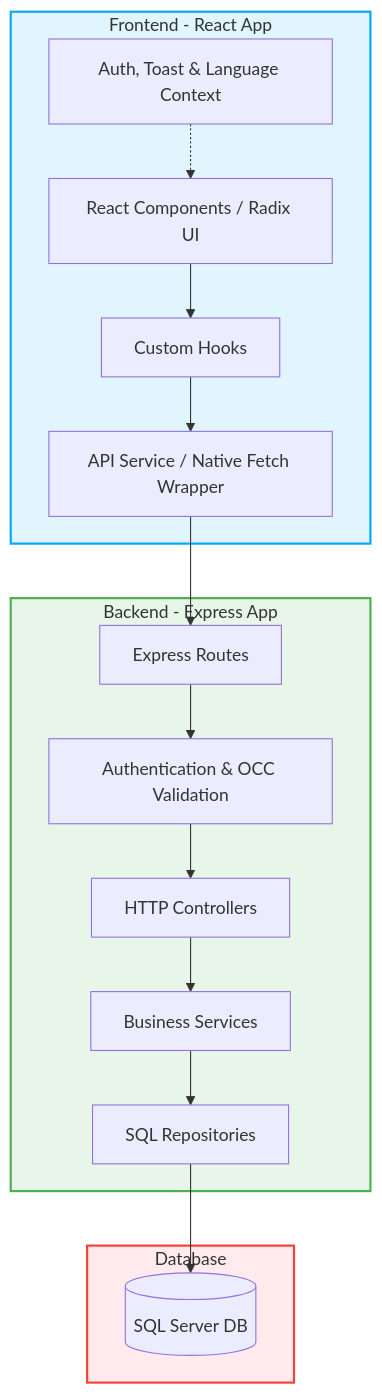
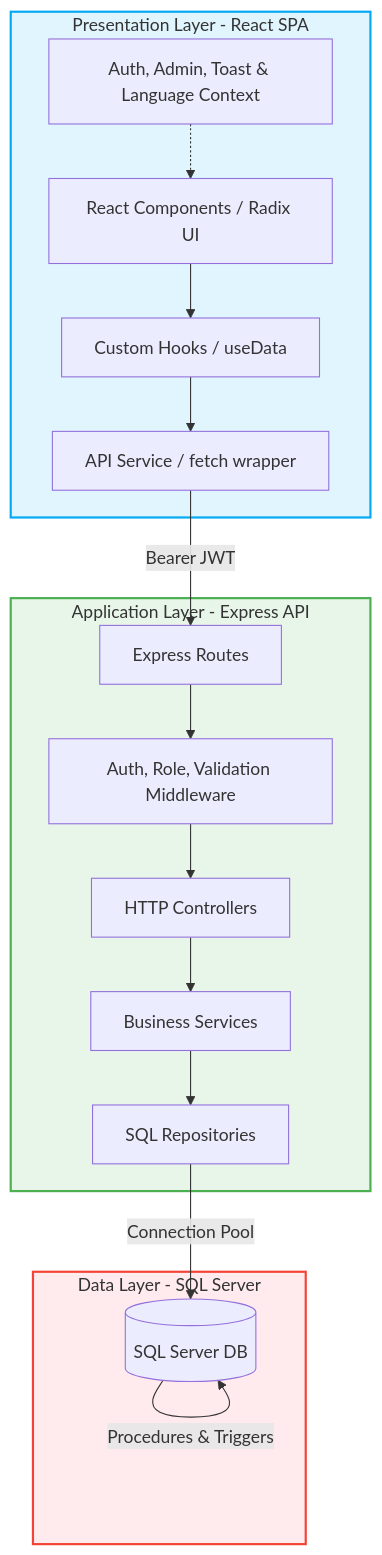
Before and after one commit to NamKhanh2128/DBLAB_ShoppingConvenienceSystem: the diagram in README.md, drawn with Mermaid. The commit also changed other lines of this file and 2 other files, not shown here.

````diff
--- a/README.md
+++ b/README.md
@@ -16,24 +16,25 @@
 ```mermaid
 graph TD
-    subgraph Client [Frontend - React App]
-        UI[React Components / Radix UI] --> Hooks[Custom Hooks]
-        Hooks --> API_Service[API Service / Native Fetch Wrapper]
-        Context[Auth, Toast & Language Context] -.-> UI
+    subgraph Client [Presentation Layer - React SPA]
+        UI[React Components / Radix UI] --> Hooks[Custom Hooks / useData]
+        Hooks --> API_Service[API Service / fetch wrapper]
+        Contexts[Auth, Admin, Toast & Language Context] -.-> UI
     end
 
-    subgraph Server [Backend - Express App]
-        API_Service --> Routes[Express Routes]
-        Routes --> Middlewares[Authentication & OCC Validation]
+    subgraph Server [Application Layer - Express API]
+        API_Service -- Bearer JWT --> Routes[Express Routes]
+        Routes --> Middlewares[Auth, Role, Validation Middleware]
         Middlewares --> Controllers[HTTP Controllers]
         Controllers --> Services[Business Services]
         Services --> Repositories[SQL Repositories]
     end
 
-    subgraph Storage [Database]
-        Repositories --> DB[(SQL Server DB)]
+    subgraph Storage [Data Layer - SQL Server]
+        Repositories -- Connection Pool --> DB[(SQL Server DB)]
+        DB -- Procedures & Triggers --> DB
     end
     
     style Client fill:#e1f5fe,stroke:#03a9f4,stroke-width:2px
     style Server fill:#e8f5e9,stroke:#4caf50,stroke-width:2px
     style Storage fill:#ffebee,stroke:#f44336,stroke-width:2px
 ```
````
